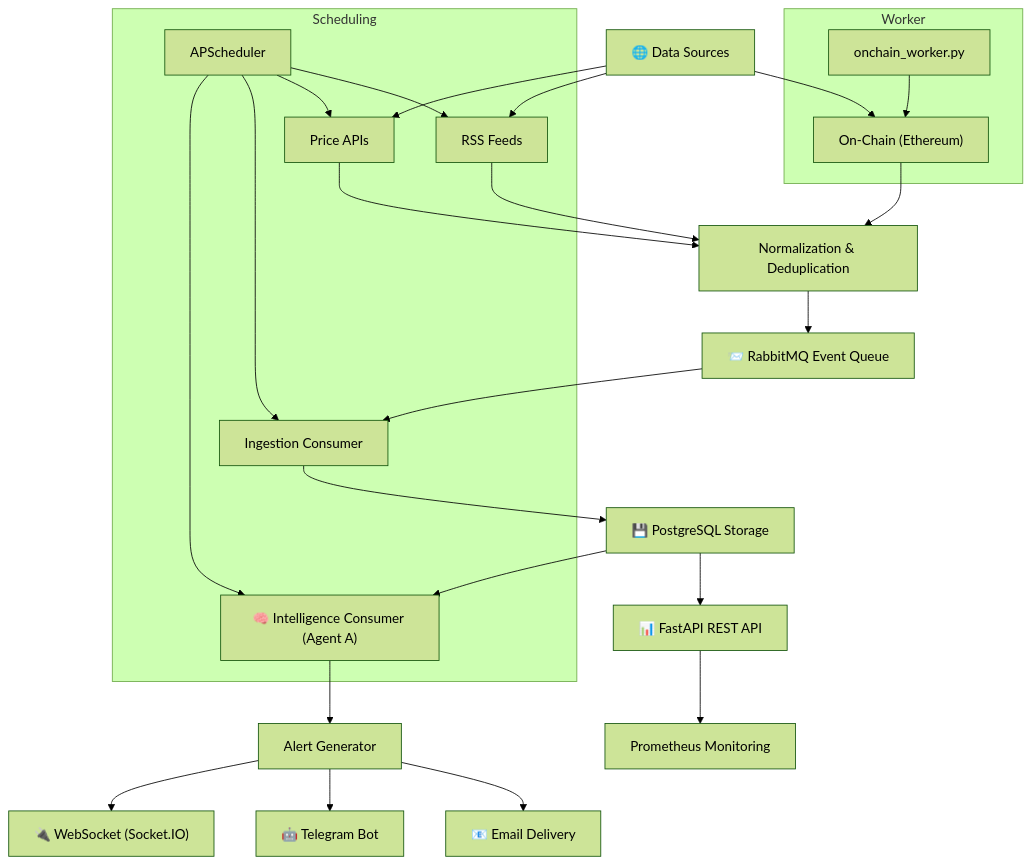
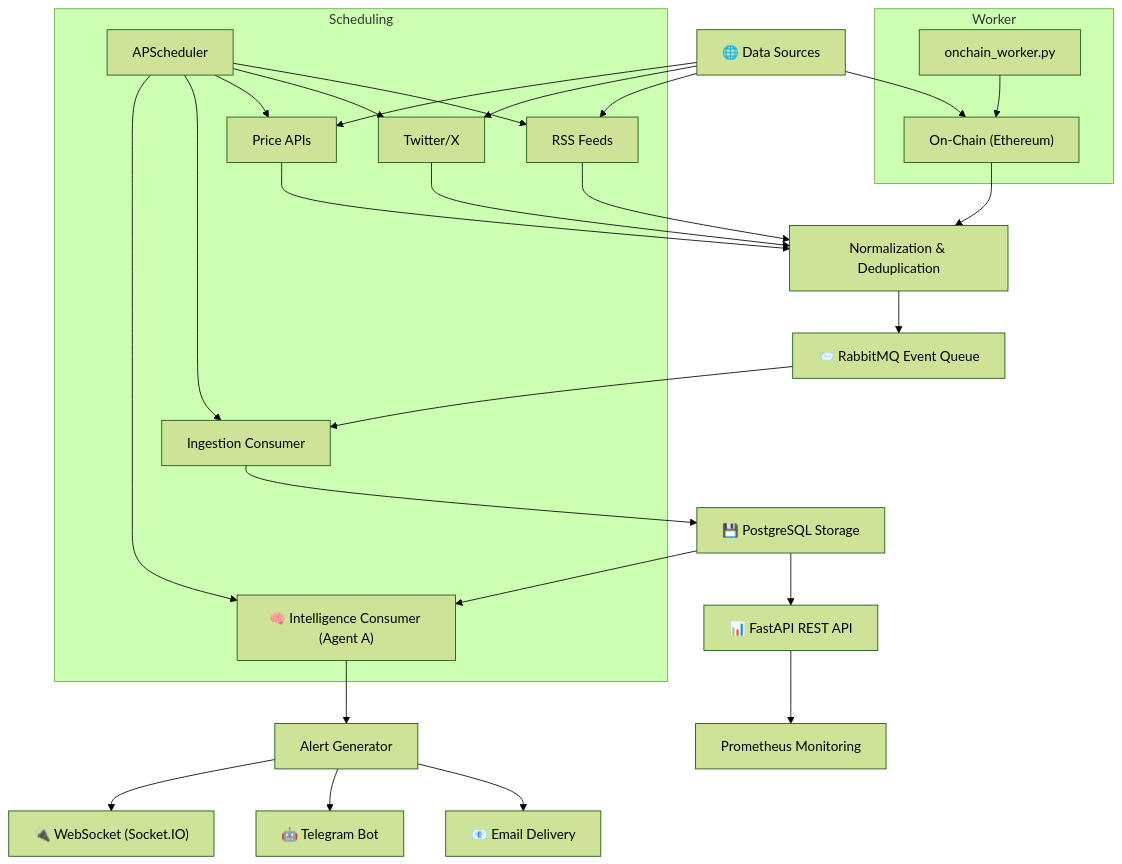
The diagram in README.md (MohidNaghman1/AETERNA-Autonomous-Alpha-Engine), drawn with Mermaid (forest theme) before and after one commit. The commit also changed other lines of this file and 10 other files, not shown here.

````diff
--- a/README.md
+++ b/README.md
@@ -82,34 +82,37 @@
 ```mermaid
 flowchart TD
     A["🌐 Data Sources"] --> A1["RSS Feeds"]
-    A --> A2["Price APIs"]
-    A --> A3["On-Chain (Ethereum)"]
+    A --> A2["Twitter/X"]
+    A --> A3["Price APIs"]
+    A --> A4["On-Chain (Ethereum)"]
 
     A1 --> B["Normalization & Deduplication"]
     A2 --> B
     A3 --> B
+    A4 --> B
 
     B --> C["📨 RabbitMQ Event Queue"]
     C --> D["Ingestion Consumer"]
     D --> E["💾 PostgreSQL Storage"]
     E --> F["🧠 Intelligence Consumer (Agent A)"]
     F --> G["Alert Generator"]
 
     G --> H["📧 Email Delivery"]
     G --> I["🤖 Telegram Bot"]
     G --> J["🔌 WebSocket (Socket.IO)"]
 
     E --> K["📊 FastAPI REST API"]
     K --> L["Prometheus Monitoring"]
 
     subgraph Scheduling
         S["APScheduler"] --> A1
         S --> A2
+        S --> A3
         S --> D
         S --> F
     end
 
     subgraph Worker
-        W["onchain_worker.py"] --> A3
+        W["onchain_worker.py"] --> A4
     end
 ```
````
